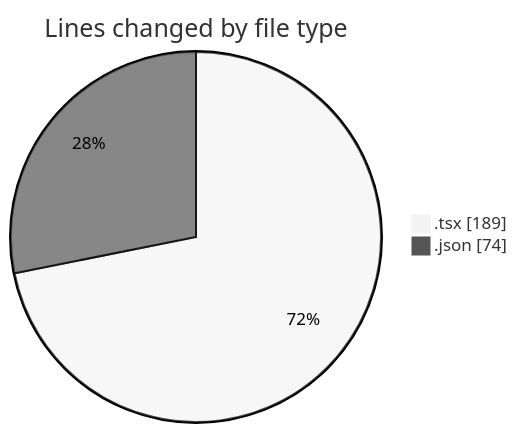
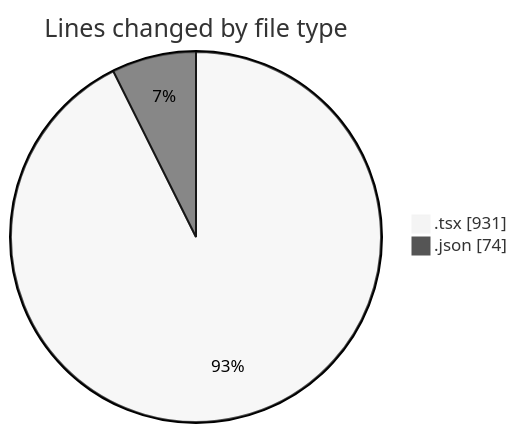
One commit to momahboobian/code-tracking changed the first of 2 diagrams in 2025-04-08/cda/README.md. Above: the diagram before and after it, drawn with Mermaid (neutral theme). The commit also changed other lines of this file and 1 other file, not shown here.

````diff
--- a/2025-04-08/cda/README.md
+++ b/2025-04-08/cda/README.md
@@ -21,6 +22,6 @@
 ```mermaid
 pie showData
 title Lines changed by file type
-".tsx" : 189
+".tsx" : 931
 ".json" : 74
 ```
````
